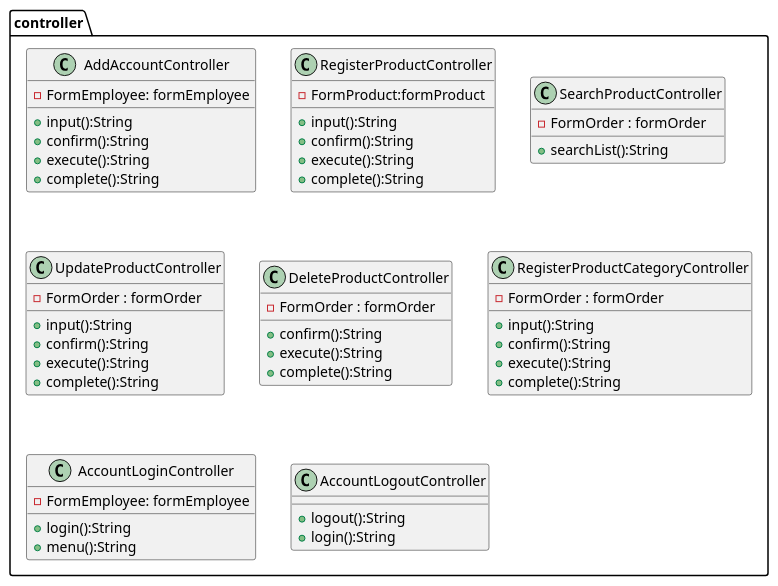
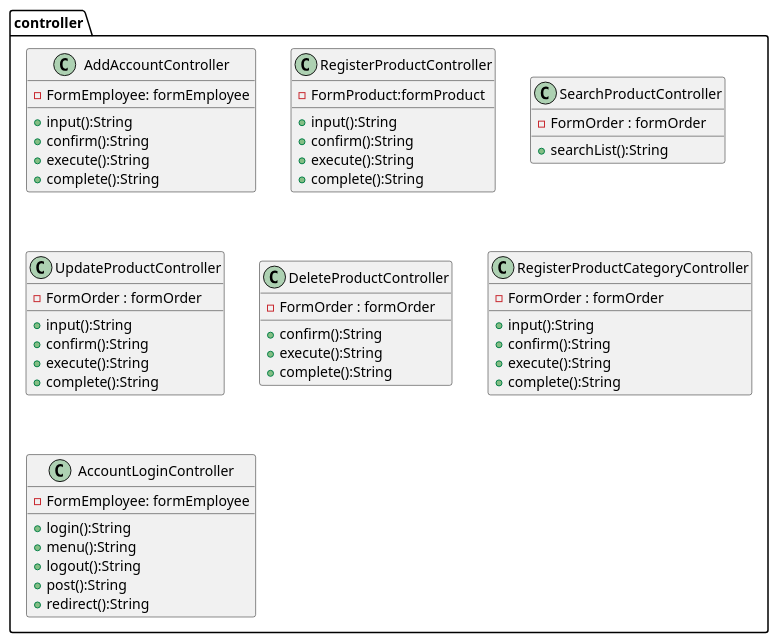
Before and after one commit to kanavii3333/ec-b: the diagram in plan/uml/class/controller.plantuml, drawn with PlantUML. The commit also changed 2 other files, not shown here.

```diff
--- a/plan/uml/class/controller.plantuml
+++ b/plan/uml/class/controller.plantuml
@@ -1,55 +1,54 @@
 package controller{
     class AddAccountController{
         -FormEmployee: formEmployee
         + input():String
         + confirm():String
         + execute():String
     	+ complete():String
         
     }
     class RegisterProductController{
     	- FormProduct:formProduct
         + input():String
         + confirm():String
         + execute():String
     	+ complete():String
     }
     class SearchProductController{
     	- FormOrder : formOrder
     	+ searchList():String
     	
       
         
     }
     class UpdateProductController{
         - FormOrder : formOrder
      	+ input():String
         + confirm():String
         + execute():String
     	+ complete():String
         
     }
     class DeleteProductController{
     	- FormOrder : formOrder
         + confirm():String
         + execute():String
     	+ complete():String
     }
     class RegisterProductCategoryController{
         - FormOrder : formOrder
         + input():String
         + confirm():String
         + execute():String
     	+ complete():String
     }
     class AccountLoginController{
         -FormEmployee: formEmployee
         + login():String
         + menu():String
+        + logout():String
+        + post():String
+        + redirect():String
     }
-    class AccountLogoutController{
-        + logout():String
-        + login():String
-        
-    }
+    
 }
```
